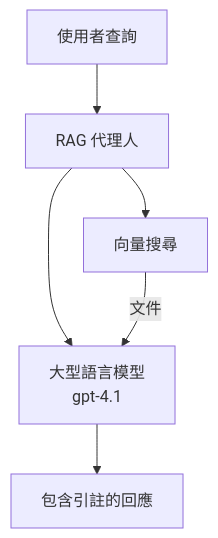
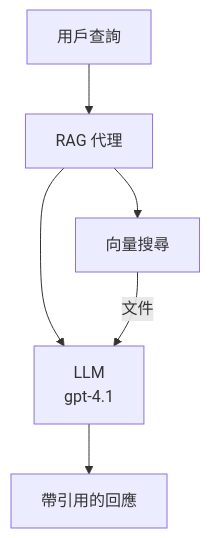
One commit to microsoft/AZD-for-beginners changed the second of 3 diagrams in translations/zh-MO/docs/chapter-02-ai-development/agents.md. Above: the diagram before and after it, drawn with Mermaid. The commit also changed other lines of this file and 101 other files, not shown here.

````diff
--- a/translations/zh-MO/docs/chapter-02-ai-development/agents.md
+++ b/translations/zh-MO/docs/chapter-02-ai-development/agents.md
@@ -170,8 +175,8 @@
 ```mermaid
 graph TD
-    Query[使用者查詢] --> RAG[RAG 代理人]
+    Query[用戶查詢] --> RAG[RAG 代理]
     RAG --> Vector[向量搜尋]
-    RAG --> LLM[大型語言模型<br/>gpt-4.1]
+    RAG --> LLM[LLM<br/>gpt-4.1]
     Vector -- 文件 --> LLM
-    LLM --> Response[包含引註的回應]
+    LLM --> Response[帶引用的回應]
 ```
````
